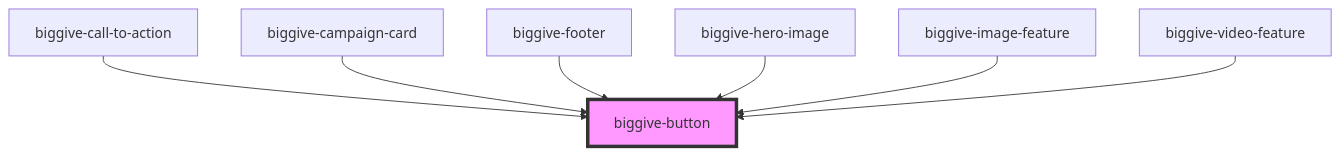
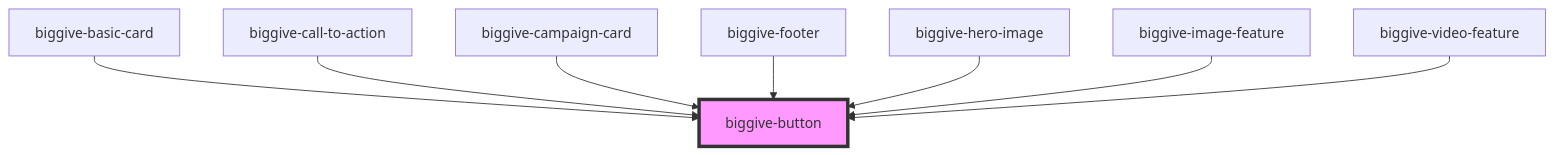
One commit to thebiggive/donate-frontend changed the diagram in src/components/biggive-button/readme.md. Above: the diagram before and after it, drawn with Mermaid. The commit also changed other lines of this file and 34 other files, not shown here.

````diff
--- a/src/components/biggive-button/readme.md
+++ b/src/components/biggive-button/readme.md
@@ -31,10 +32,11 @@
 ```mermaid
 graph TD;
+  biggive-basic-card --> biggive-button
   biggive-call-to-action --> biggive-button
   biggive-campaign-card --> biggive-button
   biggive-footer --> biggive-button
   biggive-hero-image --> biggive-button
   biggive-image-feature --> biggive-button
   biggive-video-feature --> biggive-button
   style biggive-button fill:#f9f,stroke:#333,stroke-width:4px
 ```
````
